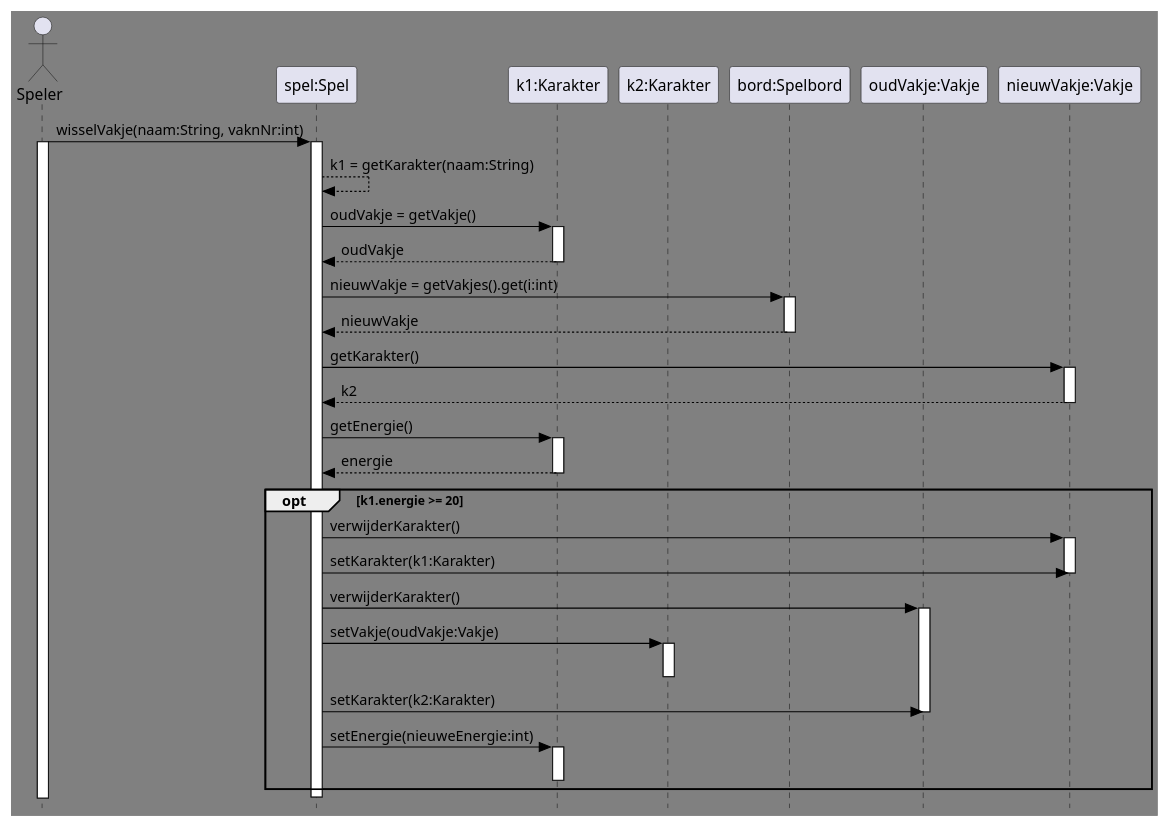
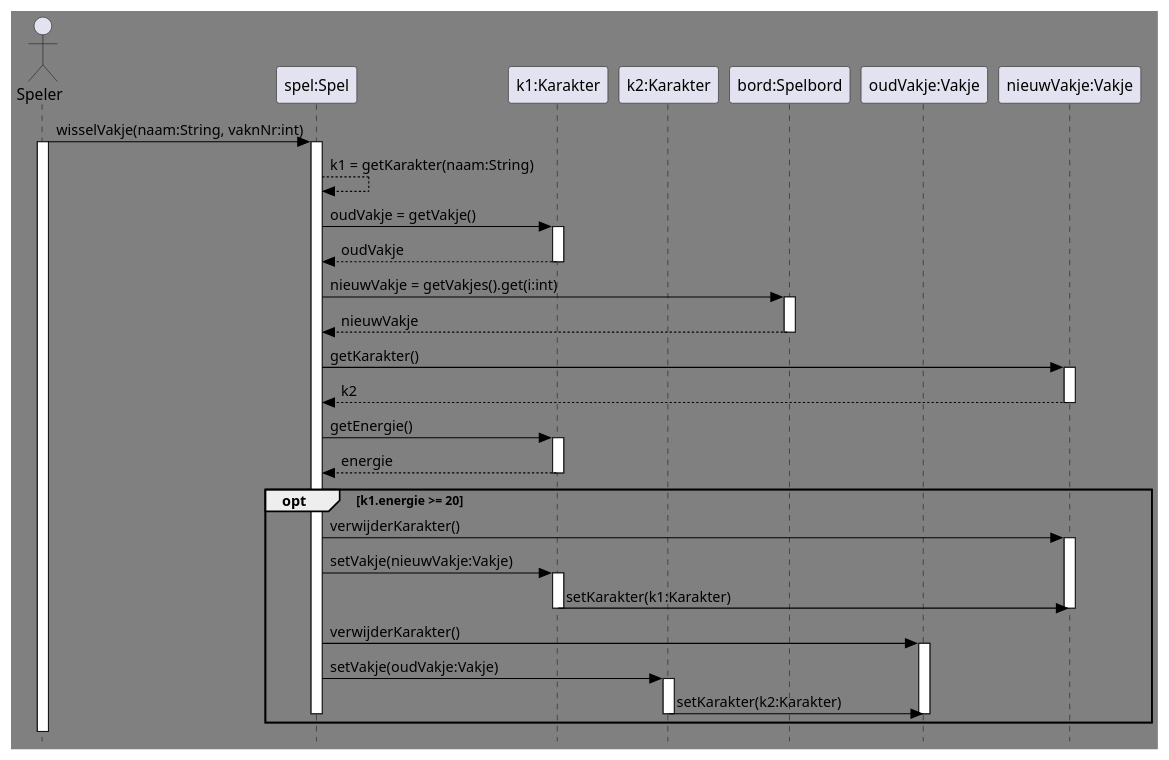
The diagram in opgave_4.3.1/opgave_4.3.1/sequence_diagram_wisselvakje.puml (daniel1890/OOAD-Uitwerkingen), drawn with PlantUML before and after one commit. The commit also changed 3 other files, not shown here.

```diff
--- a/opgave_4.3.1/opgave_4.3.1/sequence_diagram_wisselvakje.puml
+++ b/opgave_4.3.1/opgave_4.3.1/sequence_diagram_wisselvakje.puml
@@ -1,51 +1,48 @@
 @startuml sequence diagram methode wisselVakje
 'https://plantuml.com/sequence-diagram
 skinparam style strictuml
 skinparam class {
 BackgroundColor LightGrey
 ArrowColor Black
 BorderColor Black
 BackgroundColor<<Foo>> DarkGrey
 }
 
 skinparam backgroundcolor Gray
 skinparam stereotypeCBackgroundColor YellowGreen
 
 actor Speler
 participant Spel as "spel:Spel"
 participant Bob as "k1:Karakter"
 participant Alice as "k2:Karakter"
 participant Bord as "bord:Spelbord"
 participant oudVakje as "oudVakje:Vakje"
 participant nieuwVakje as "nieuwVakje:Vakje"
 
 Speler -> Spel ++: wisselVakje(naam:String, vaknNr:int)
 activate Speler
 Spel --> Spel: k1 = getKarakter(naam:String)
 Spel -> Bob ++: oudVakje = getVakje()
 return oudVakje
 Spel -> Bord ++: nieuwVakje = getVakjes().get(i:int)
 return nieuwVakje
 Spel -> nieuwVakje ++: getKarakter()
 return k2
 Spel -> Bob++: getEnergie()
 return energie
 deactivate Bob
 opt k1.energie >= 20
     Spel -> nieuwVakje++:verwijderKarakter()
-    Spel -> nieuwVakje:setKarakter(k1:Karakter)
+    Spel -> Bob ++:setVakje(nieuwVakje:Vakje)
+    Bob -> nieuwVakje --:setKarakter(k1:Karakter)
     deactivate nieuwVakje
     Spel -> oudVakje++:verwijderKarakter()
-    Spel -> Alice++:setVakje(oudVakje:Vakje)
-    deactivate Alice
-    Spel -> oudVakje: setKarakter(k2:Karakter)
+    Spel -> Alice ++:setVakje(oudVakje:Vakje)
+    Alice -> oudVakje --:setKarakter(k2:Karakter)
     deactivate oudVakje
-    Spel -> Bob++: setEnergie(nieuweEnergie:int)
-    deactivate Bob
-
-
+    deactivate Spel
 end
 
 deactivate Bob
 deactivate Spel
 @enduml
```
